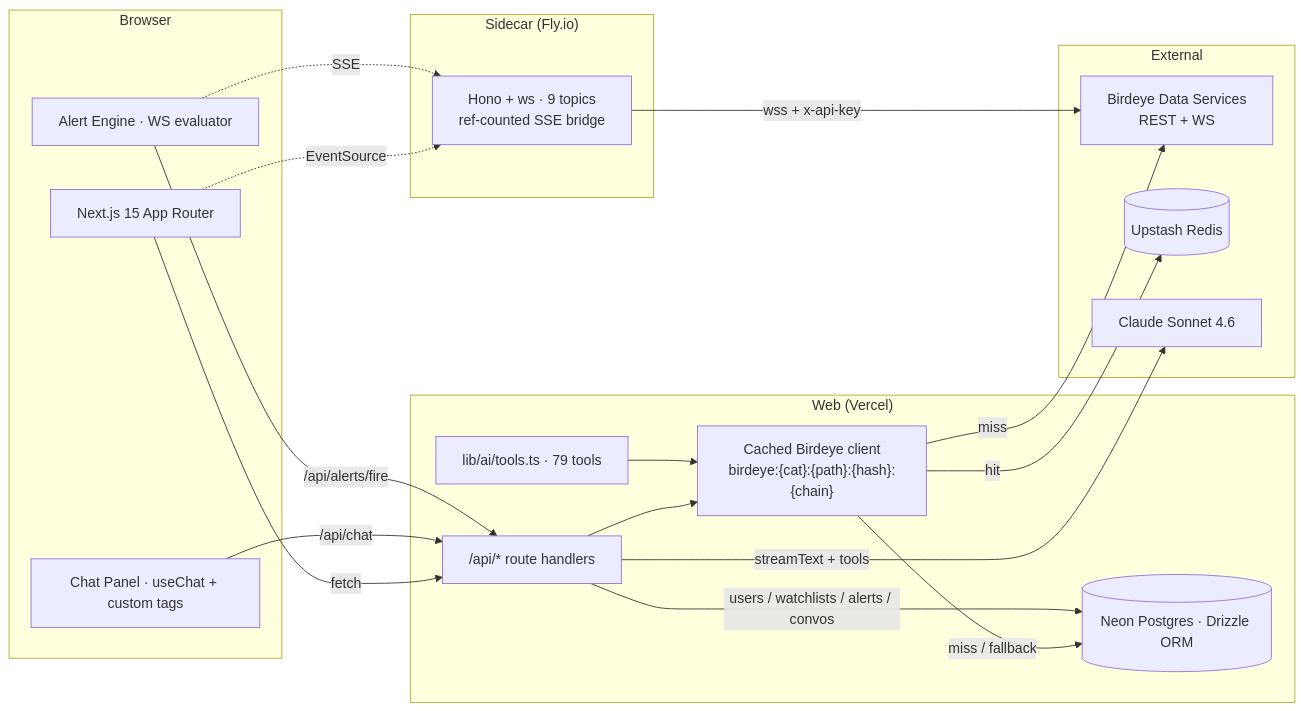
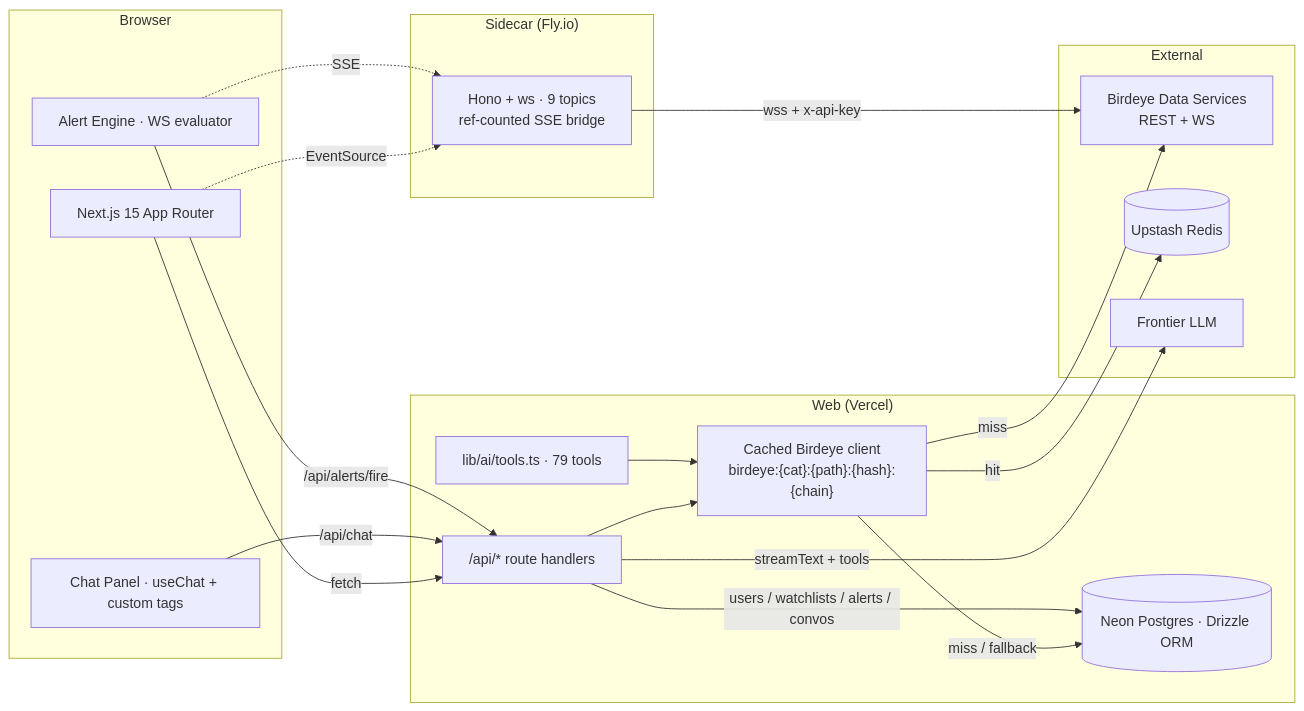
Before and after one commit to Sushant6095/birdeye-alpha-os: the diagram in README.md, drawn with Mermaid. The commit also changed other lines of this file, not shown here.

Commit message:
docs: genericize AI provider references in README

````diff
--- a/README.md
+++ b/README.md
@@ -46,39 +46,39 @@
 ```mermaid
 flowchart LR
     subgraph Browser
       UI[Next.js 15 App Router]
       Chat[Chat Panel · useChat + custom tags]
       AlertEng[Alert Engine · WS evaluator]
     end
 
     subgraph "Web (Vercel)"
       API["/api/* route handlers"]
       Tools["lib/ai/tools.ts · 79 tools"]
       Cached["Cached Birdeye client\nbirdeye:{cat}:{path}:{hash}:{chain}"]
       DB[(Neon Postgres · Drizzle ORM)]
     end
 
     subgraph "Sidecar (Fly.io)"
       Sidecar["Hono + ws · 9 topics\nref-counted SSE bridge"]
     end
 
     subgraph "External"
       Birdeye["Birdeye Data Services\nREST + WS"]
       Redis[(Upstash Redis)]
-      Anthropic[Claude Sonnet 4.6]
+      LLM[Frontier LLM]
     end
 
     UI -->|fetch| API
     UI -. EventSource .-> Sidecar
     API --> Cached
     Chat -->|/api/chat| API
-    API -->|streamText + tools| Anthropic
+    API -->|streamText + tools| LLM
     Tools --> Cached
     Cached -->|hit| Redis
     Cached -->|miss / fallback| DB
     Cached -->|miss| Birdeye
     API -->|users / watchlists / alerts / convos| DB
     Sidecar -->|wss + x-api-key| Birdeye
     AlertEng -. SSE .-> Sidecar
     AlertEng -->|/api/alerts/fire| API
 ```
````
